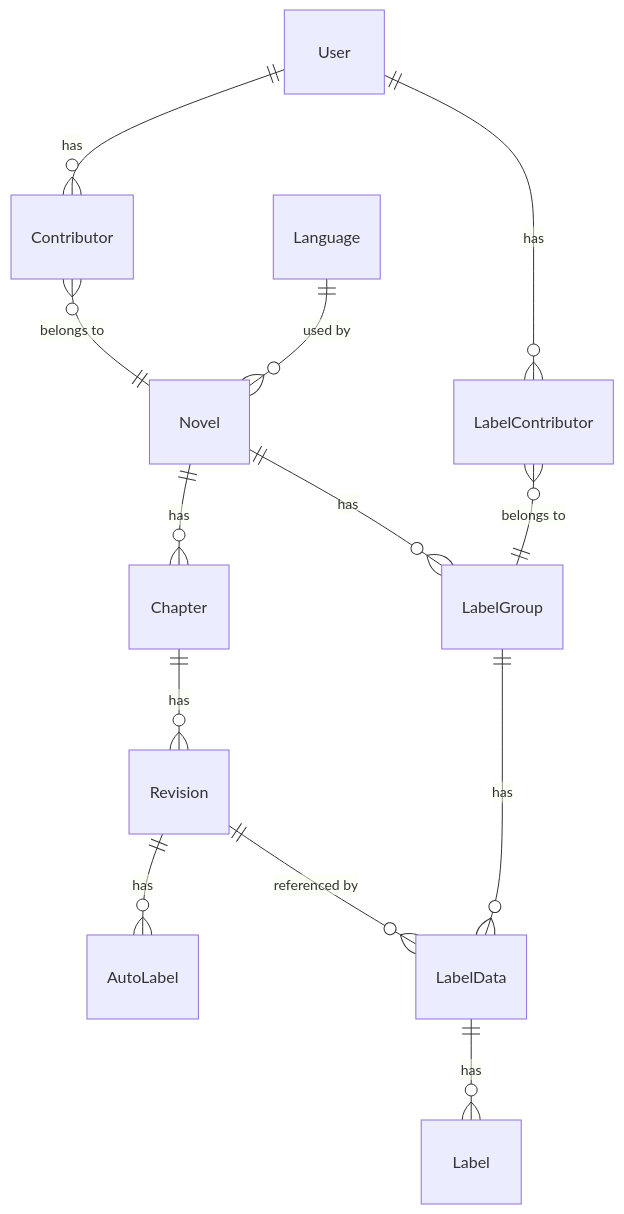
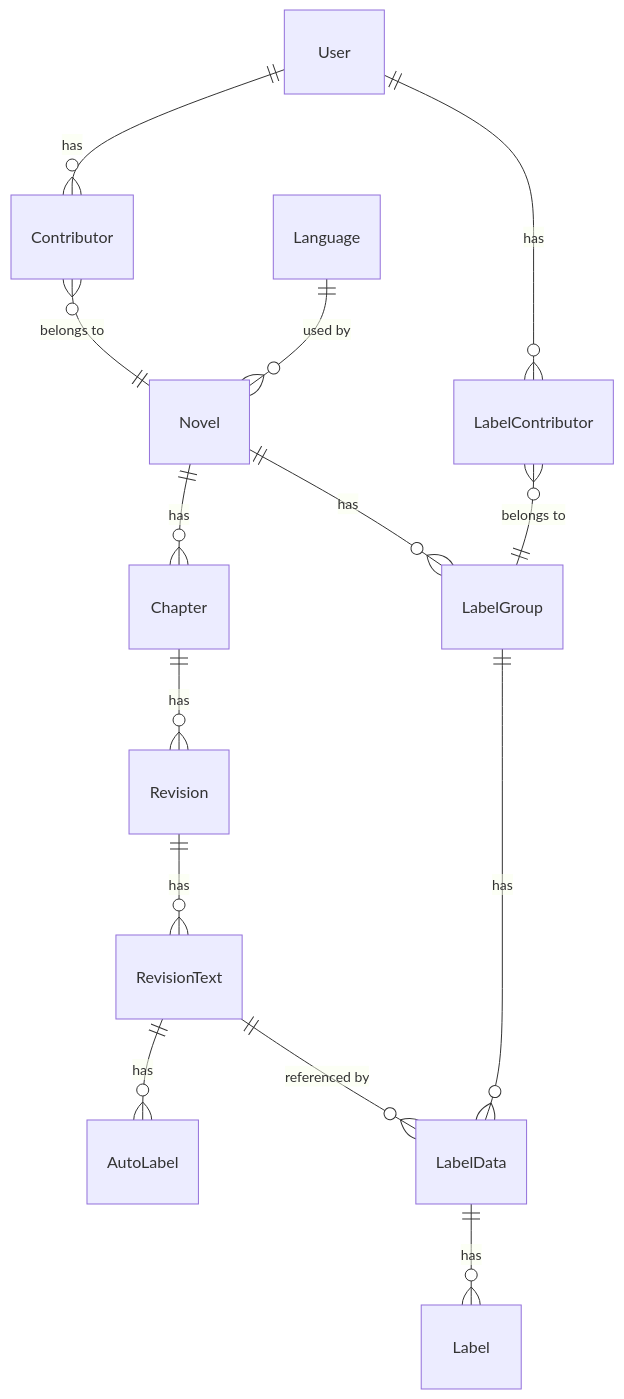
The diagram in docs/database-schema.md (lzguan/NovelTL_Dev), drawn with Mermaid before and after one commit. The commit also changed other lines of this file, not shown here.

First line of the commit message:
fix database-schema.md to match current codebase

````diff
--- a/docs/database-schema.md
+++ b/docs/database-schema.md
@@ -33,15 +35,16 @@
 ```mermaid
 erDiagram
     User ||--o{ Contributor : "has"
     User ||--o{ LabelContributor : "has"
     Contributor }o--|| Novel : "belongs to"
     LabelContributor }o--|| LabelGroup : "belongs to"
     Novel ||--o{ Chapter : "has"
     Novel ||--o{ LabelGroup : "has"
     Chapter ||--o{ Revision : "has"
-    Revision ||--o{ AutoLabel : "has"
-    Revision ||--o{ LabelData : "referenced by"
+    Revision ||--o{ RevisionText : "has"
+    RevisionText ||--o{ AutoLabel : "has"
+    RevisionText ||--o{ LabelData : "referenced by"
     LabelGroup ||--o{ LabelData : "has"
     LabelData ||--o{ Label : "has"
     Language ||--o{ Novel : "used by"
 ```
````
